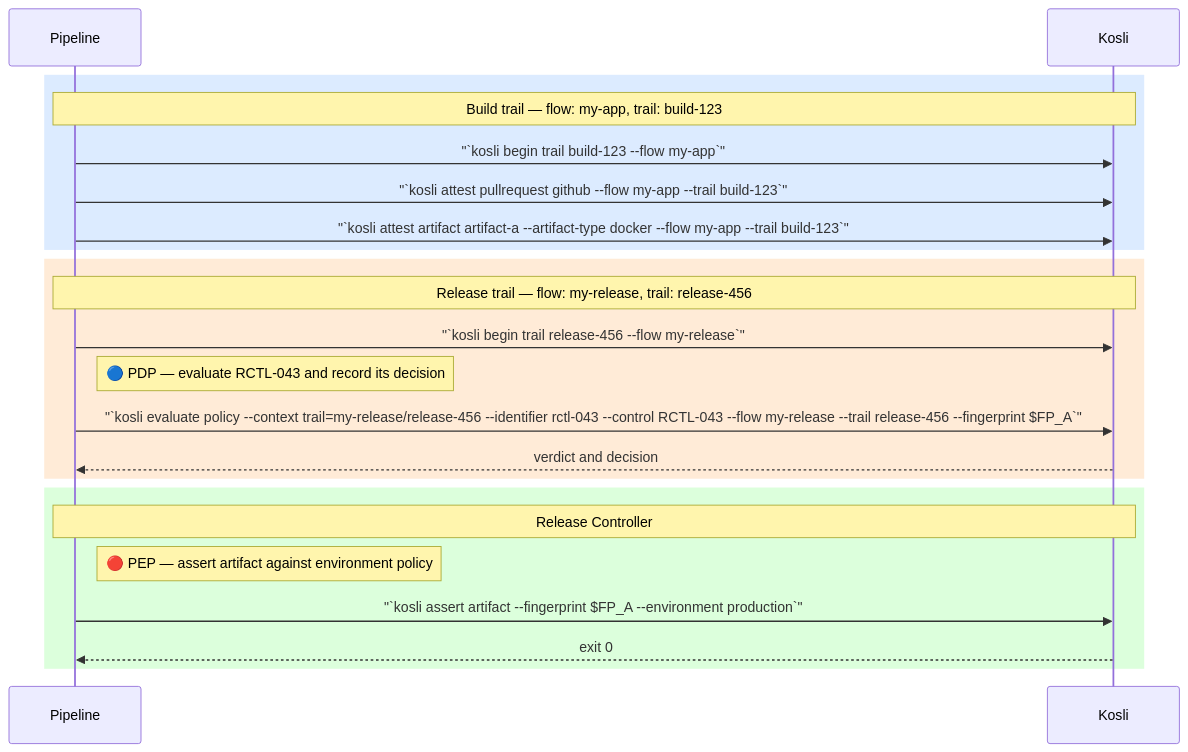
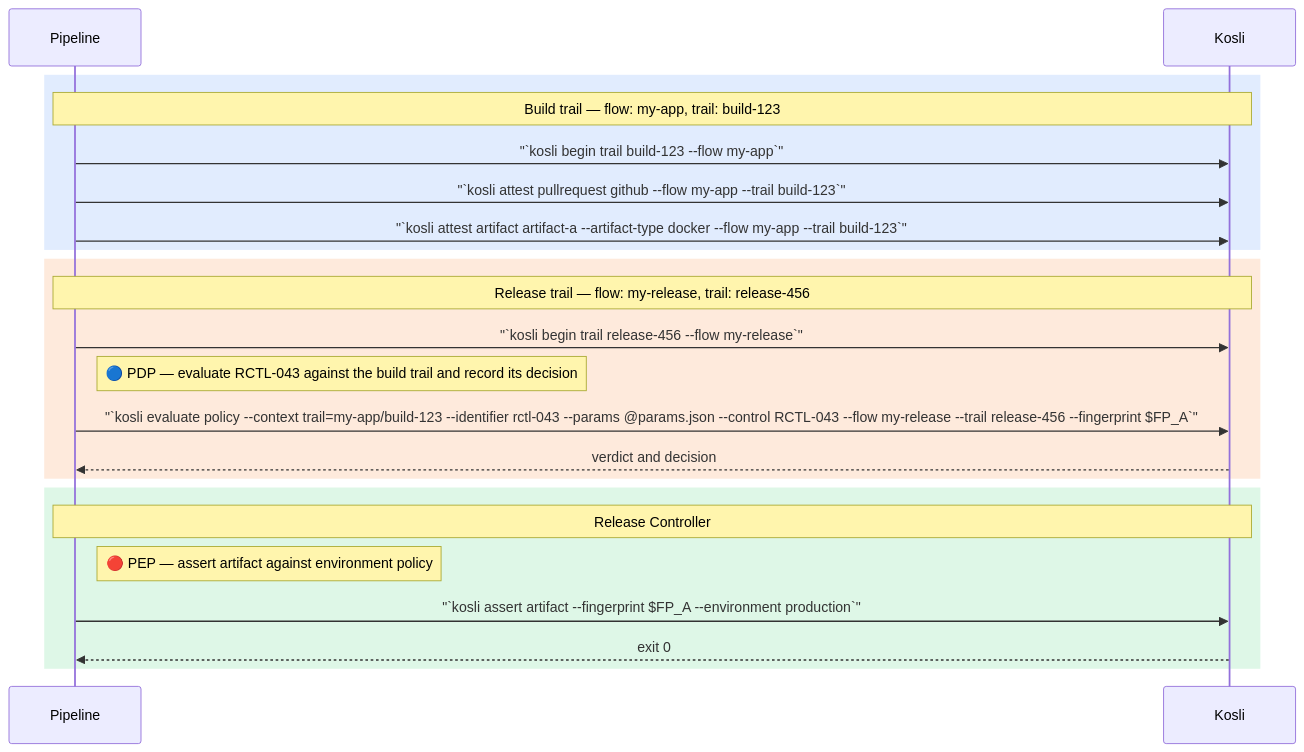
Before and after one commit to kosli-dev/docs: the diagram in tutorials/working_with_controls.mdx, drawn with Mermaid. The commit also changed other lines of this file and 1 other file, not shown here.

````diff
--- a/tutorials/working_with_controls.mdx
+++ b/tutorials/working_with_controls.mdx
@@ -176,31 +352,31 @@
 ```mermaid
 sequenceDiagram
     participant P as Pipeline
     participant K as Kosli
 
-    rect rgb(220,235,255)
+    rect rgba(59,130,246,0.15)
         Note over P,K: Build trail — flow: my-app, trail: build-123
 
         P->>K: "`kosli begin trail build-123 --flow my-app`"
         P->>K: "`kosli attest pullrequest github --flow my-app --trail build-123`"
         P->>K: "`kosli attest artifact artifact-a --artifact-type docker --flow my-app --trail build-123`"
     end
 
-    rect rgb(255,235,215)
+    rect rgba(249,115,22,0.15)
         Note over P,K: Release trail — flow: my-release, trail: release-456
 
         P->>K: "`kosli begin trail release-456 --flow my-release`"
 
-        Note right of P: 🔵 PDP — evaluate RCTL-043 and record its decision
-        P->>K: "`kosli evaluate policy --context trail=my-release/release-456 --identifier rctl-043 --control RCTL-043 --flow my-release --trail release-456 --fingerprint $FP_A`"
+        Note right of P: 🔵 PDP — evaluate RCTL-043 against the build trail and record its decision
+        P->>K: "`kosli evaluate policy --context trail=my-app/build-123 --identifier rctl-043 --params @params.json --control RCTL-043 --flow my-release --trail release-456 --fingerprint $FP_A`"
         K-->>P: verdict and decision
     end
 
-    rect rgb(220,255,220)
+    rect rgba(34,197,94,0.15)
         Note over P,K: Release Controller
 
         Note right of P: 🔴 PEP — assert artifact against environment policy
         P->>K: "`kosli assert artifact --fingerprint $FP_A --environment production`"
         K-->>P: exit 0
     end
 ```
````
